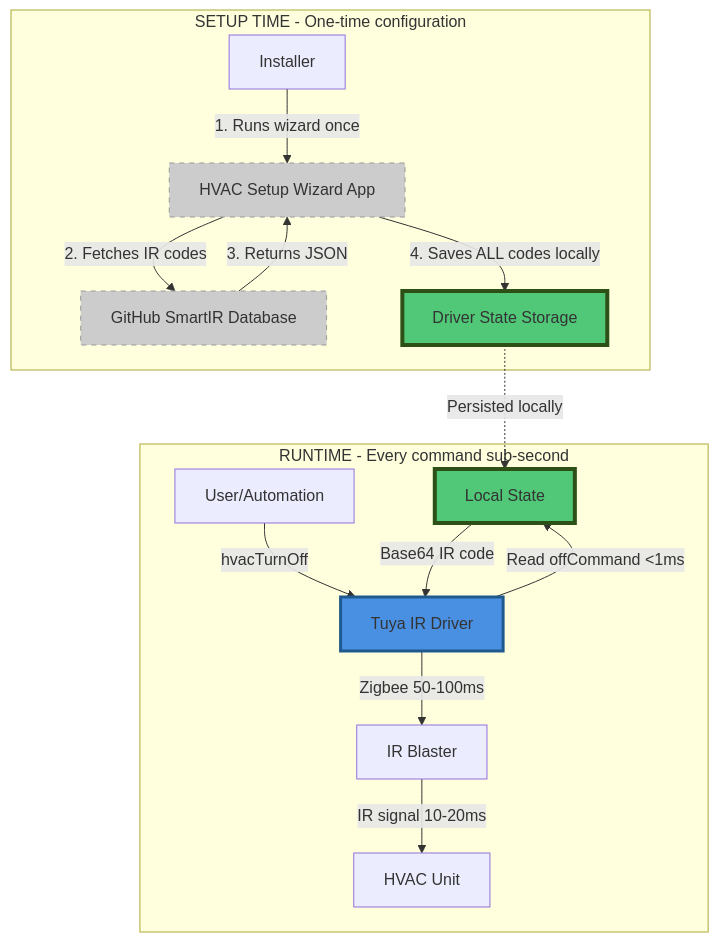
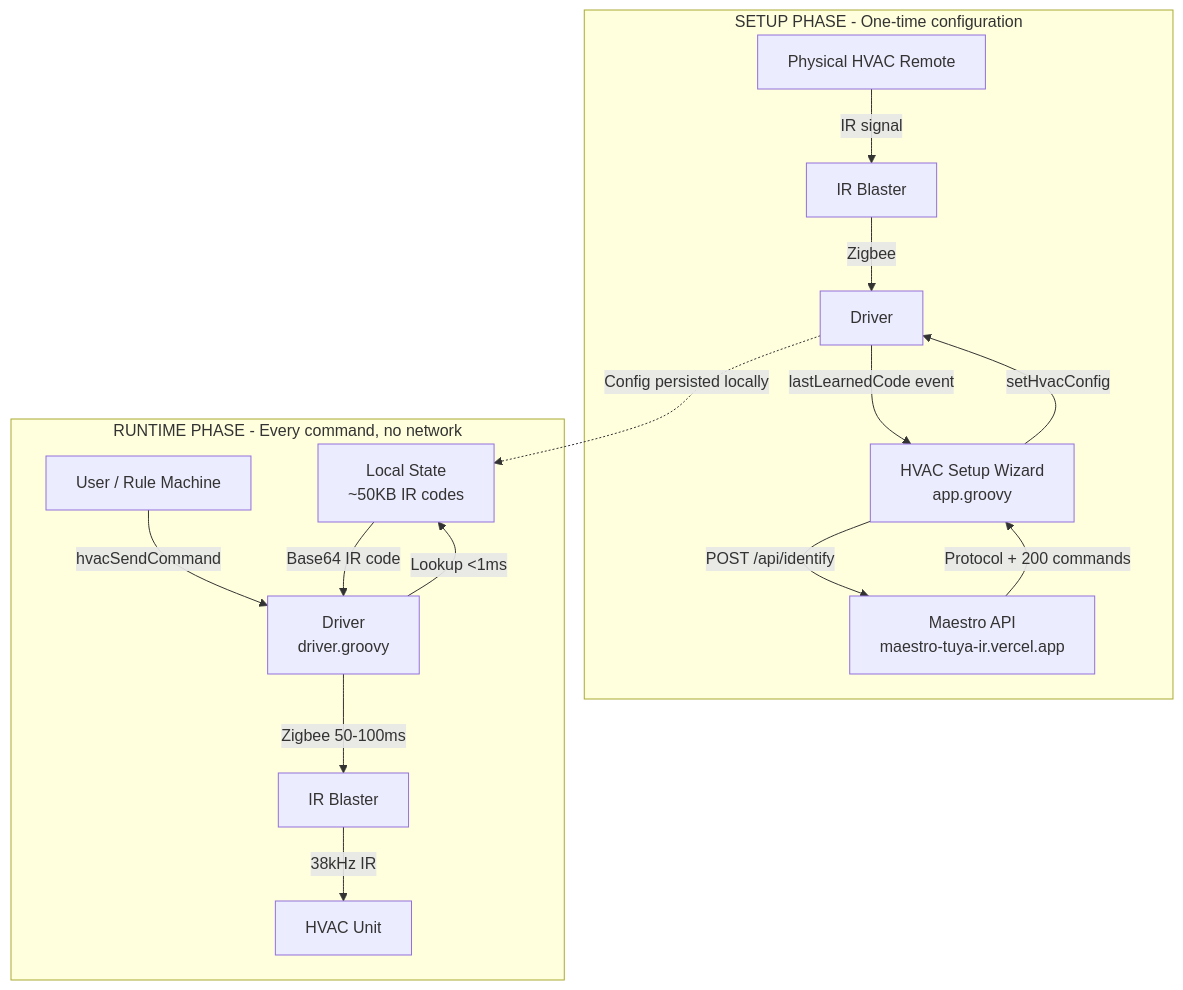
The first of 8 diagrams in ARCHITECTURE.md (lastmyle/hubitat-tuya-zigbee-ir), drawn with Mermaid before and after one commit. The commit also changed other lines of this file and 2 other files, not shown here.

First line of the commit message:
docs: rewrite README, ARCHITECTURE, and SECURITY documentation

````diff
--- a/ARCHITECTURE.md
+++ b/ARCHITECTURE.md
@@ -5,35 +7,31 @@
 ```mermaid
 graph TB
-    subgraph "SETUP TIME - One-time configuration"
-        INSTALLER[Installer]
-        WIZARD[HVAC Setup Wizard App]
-        GITHUB[GitHub SmartIR Database]
+    subgraph "SETUP PHASE - One-time configuration"
+        REMOTE[Physical HVAC Remote]
+        WIZARD[HVAC Setup Wizard<br/>app.groovy]
+        MAESTRO[Maestro API<br/>maestro-tuya-ir.vercel.app]
 
-        INSTALLER -->|1. Runs wizard once| WIZARD
-        WIZARD -->|2. Fetches IR codes| GITHUB
-        GITHUB -->|3. Returns JSON| WIZARD
-        WIZARD -->|4. Saves ALL codes locally| DRIVER_STATE[Driver State Storage]
+        REMOTE -->|IR signal| IR1[IR Blaster]
+        IR1 -->|Zigbee| DRIVER1[Driver]
+        DRIVER1 -->|lastLearnedCode event| WIZARD
+        WIZARD -->|POST /api/identify| MAESTRO
+        MAESTRO -->|Protocol + 200 commands| WIZARD
+        WIZARD -->|setHvacConfig| DRIVER1
     end
 
-    subgraph "RUNTIME - Every command  sub-second"
-        USER[User/Automation]
-        DRIVER[Tuya IR Driver]
-        STATE[Local State]
-        IR_BLASTER[IR Blaster]
+    subgraph "RUNTIME PHASE - Every command, no network"
+        USER[User / Rule Machine]
+        DRIVER2[Driver<br/>driver.groovy]
+        STATE[Local State<br/>~50KB IR codes]
+        IR2[IR Blaster]
         HVAC[HVAC Unit]
 
-        USER -->|hvacTurnOff| DRIVER
-        DRIVER -->|Read offCommand <1ms| STATE
-        STATE -->|Base64 IR code| DRIVER
-        DRIVER -->|Zigbee 50-100ms| IR_BLASTER
-        IR_BLASTER -->|IR signal 10-20ms| HVAC
+        USER -->|hvacSendCommand| DRIVER2
+        DRIVER2 -->|Lookup &lt;1ms| STATE
+        STATE -->|Base64 IR code| DRIVER2
+        DRIVER2 -->|Zigbee 50-100ms| IR2
+        IR2 -->|38kHz IR| HVAC
     end
 
-    DRIVER_STATE -.->|Persisted locally| STATE
-
-    style WIZARD fill:#ccc,stroke:#999,stroke-dasharray: 5 5
-    style GITHUB fill:#ccc,stroke:#999,stroke-dasharray: 5 5
-    style DRIVER_STATE fill:#50C878,stroke:#2d5016,stroke-width:4px
-    style STATE fill:#50C878,stroke:#2d5016,stroke-width:4px
-    style DRIVER fill:#4A90E2,stroke:#1e5a8e,stroke-width:3px
+    DRIVER1 -.->|Config persisted locally| STATE
 ```
````
